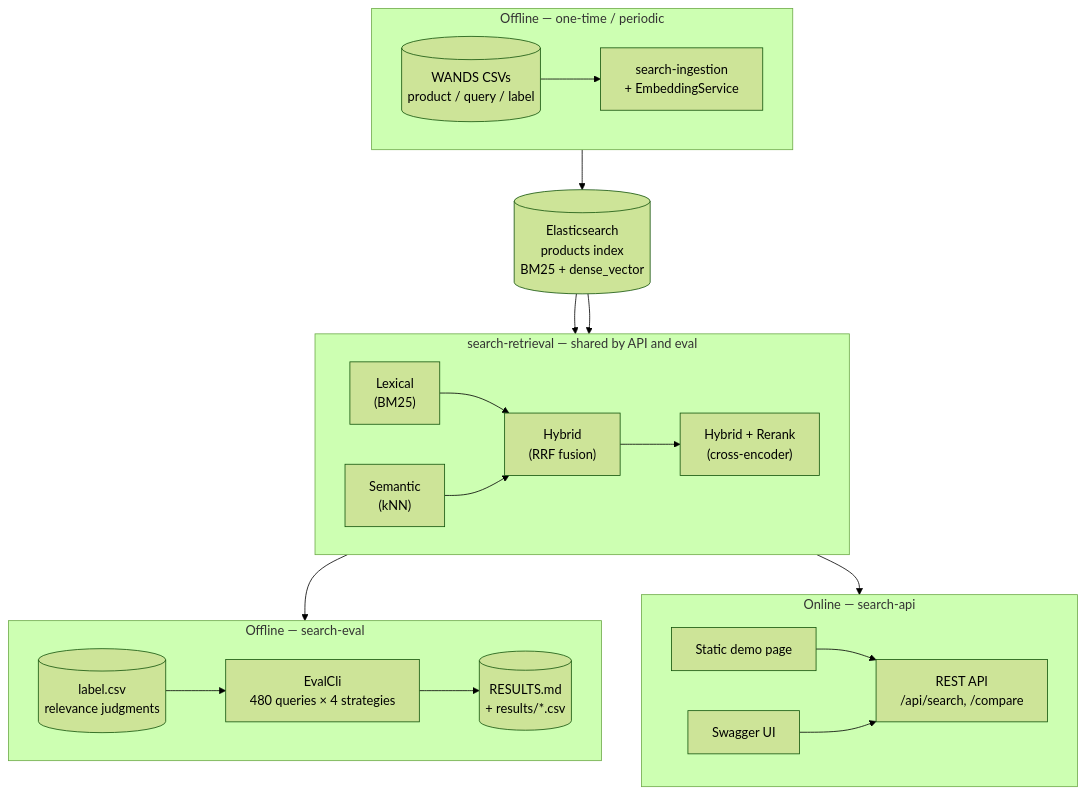
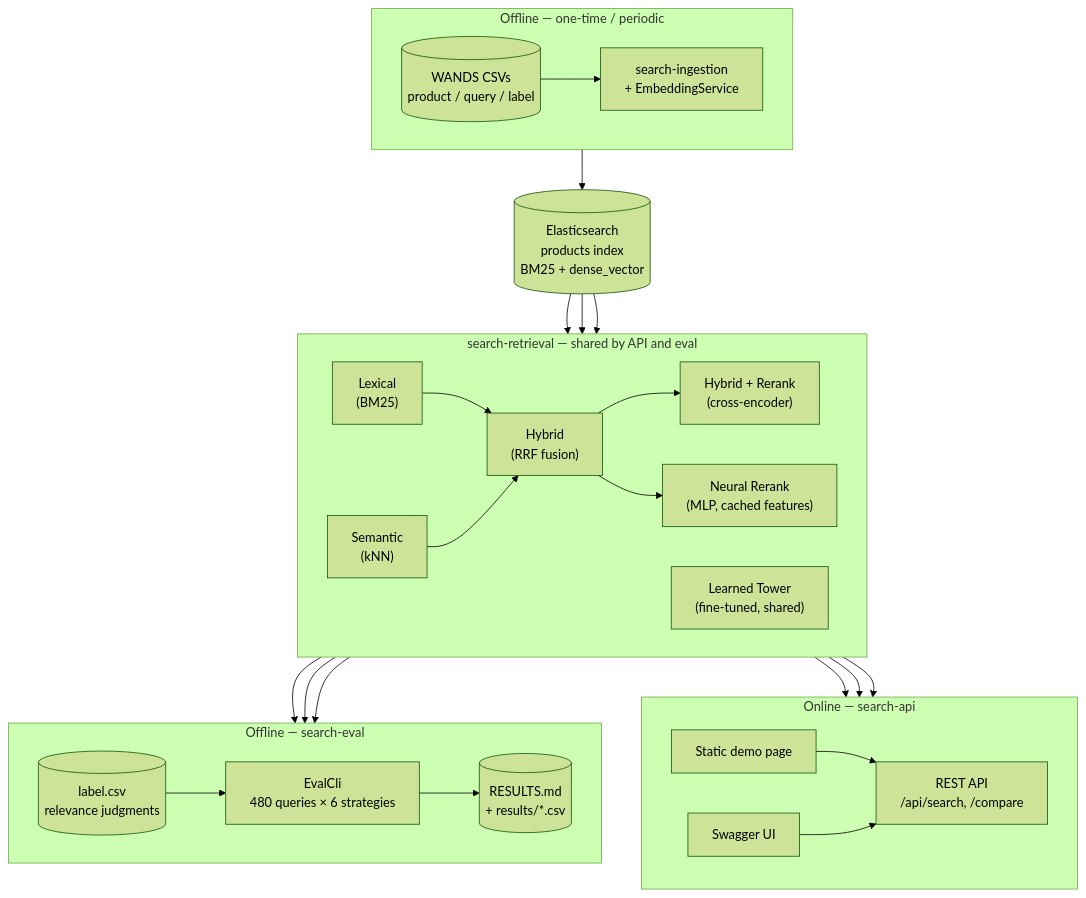
Before and after one commit to avantiwhenever/search: the diagram in README.md, drawn with Mermaid (forest theme). The commit also changed other lines of this file and 55 other files, not shown here.

First line of the commit message:
M6: Feature-based neural reranker + fine-tuned embedding tower comparison

````diff
--- a/README.md
+++ b/README.md
@@ -53,36 +53,43 @@
 ```mermaid
 flowchart TB
     subgraph offline["Offline — one-time / periodic"]
         direction LR
         wands[("WANDS CSVs<br/>product / query / label")] --> ingest["search-ingestion<br/>+ EmbeddingService"]
     end
 
     ingest --> es[("Elasticsearch<br/>products index<br/>BM25 + dense_vector")]
 
     subgraph strategies["search-retrieval — shared by API and eval"]
         direction LR
         lex["Lexical<br/>(BM25)"] --> hyb["Hybrid<br/>(RRF fusion)"]
         sem["Semantic<br/>(kNN)"] --> hyb
         hyb --> rerank["Hybrid + Rerank<br/>(cross-encoder)"]
+        hyb --> neural["Neural Rerank<br/>(MLP, cached features)"]
+        tower["Learned Tower<br/>(fine-tuned, shared)"]
     end
 
     es --> lex
     es --> sem
+    es --> tower
 
     subgraph online["Online — search-api"]
         direction LR
         rest["REST API<br/>/api/search, /compare"]
         demo["Static demo page"] --> rest
         swagger["Swagger UI"] --> rest
     end
 
     rerank --> rest
+    neural --> rest
+    tower --> rest
 
     subgraph offlineeval["Offline — search-eval"]
         direction LR
-        labels[("label.csv<br/>relevance judgments")] --> evalcli["EvalCli<br/>480 queries × 4 strategies"]
+        labels[("label.csv<br/>relevance judgments")] --> evalcli["EvalCli<br/>480 queries × 6 strategies"]
         evalcli --> results[("RESULTS.md<br/>+ results/*.csv")]
     end
 
     rerank --> evalcli
+    neural --> evalcli
+    tower --> evalcli
 ```
````
